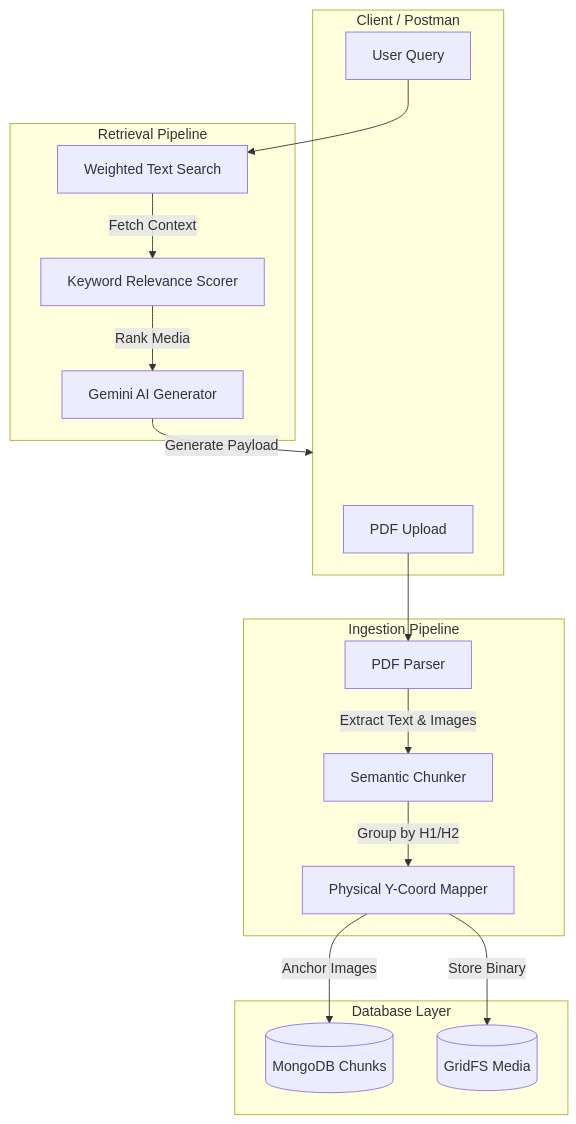
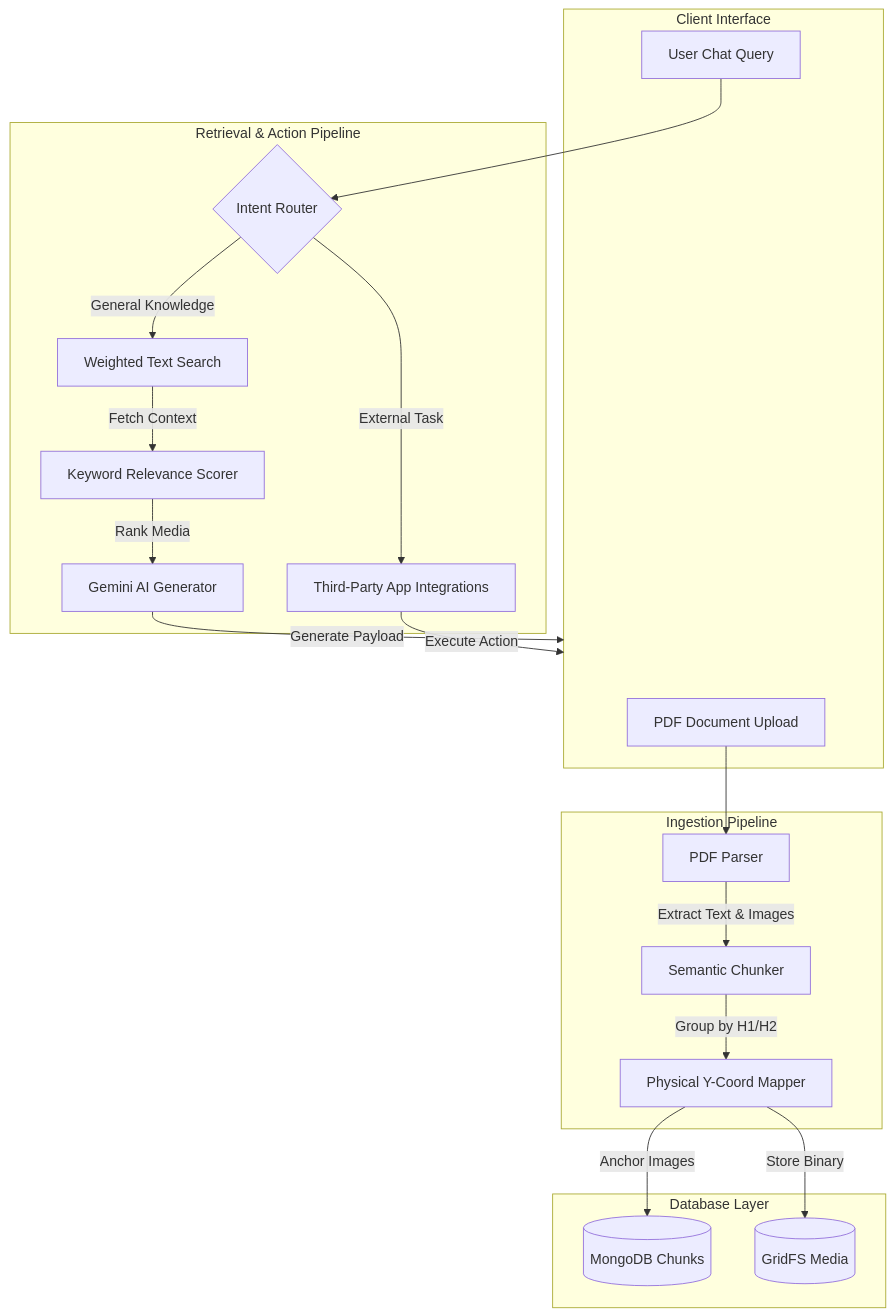
The diagram in README.md (shlokdhanokar/MultiTenant-RAG-Engine), drawn with Mermaid before and after one commit. The commit also changed other lines of this file, not shown here.

Commit message:
docs: revamp README to highlight RAG architecture and integration ecosystem

````diff
--- a/README.md
+++ b/README.md
@@ -35,35 +49,40 @@
 ```mermaid
 graph TD
-    subgraph Client [Client / Postman]
-        A[PDF Upload]
-        B[User Query]
+    subgraph Client [Client Interface]
+        A[PDF Document Upload]
+        B[User Chat Query]
     end
 
     subgraph Ingestion Pipeline
         C[PDF Parser]
         D[Semantic Chunker]
         E[Physical Y-Coord Mapper]
     end
 
     subgraph Database Layer
         F[(MongoDB Chunks)]
         G[(GridFS Media)]
     end
 
-    subgraph Retrieval Pipeline
-        H[Weighted Text Search]
-        I[Keyword Relevance Scorer]
-        J[Gemini AI Generator]
+    subgraph Retrieval & Action Pipeline
+        H{Intent Router}
+        I[Weighted Text Search]
+        J[Keyword Relevance Scorer]
+        K[Gemini AI Generator]
+        L[Third-Party App Integrations]
     end
 
     A --> C
     C -- "Extract Text & Images" --> D
     D -- "Group by H1/H2" --> E
     E -- "Anchor Images" --> F
     E -- "Store Binary" --> G
 
     B --> H
-    H -- "Fetch Context" --> I
-    I -- "Rank Media" --> J
-    J -- "Generate Payload" --> Client
+    H -- "General Knowledge" --> I
+    H -- "External Task" --> L
+    I -- "Fetch Context" --> J
+    J -- "Rank Media" --> K
+    K -- "Generate Payload" --> Client
+    L -- "Execute Action" --> Client
 ```
````
